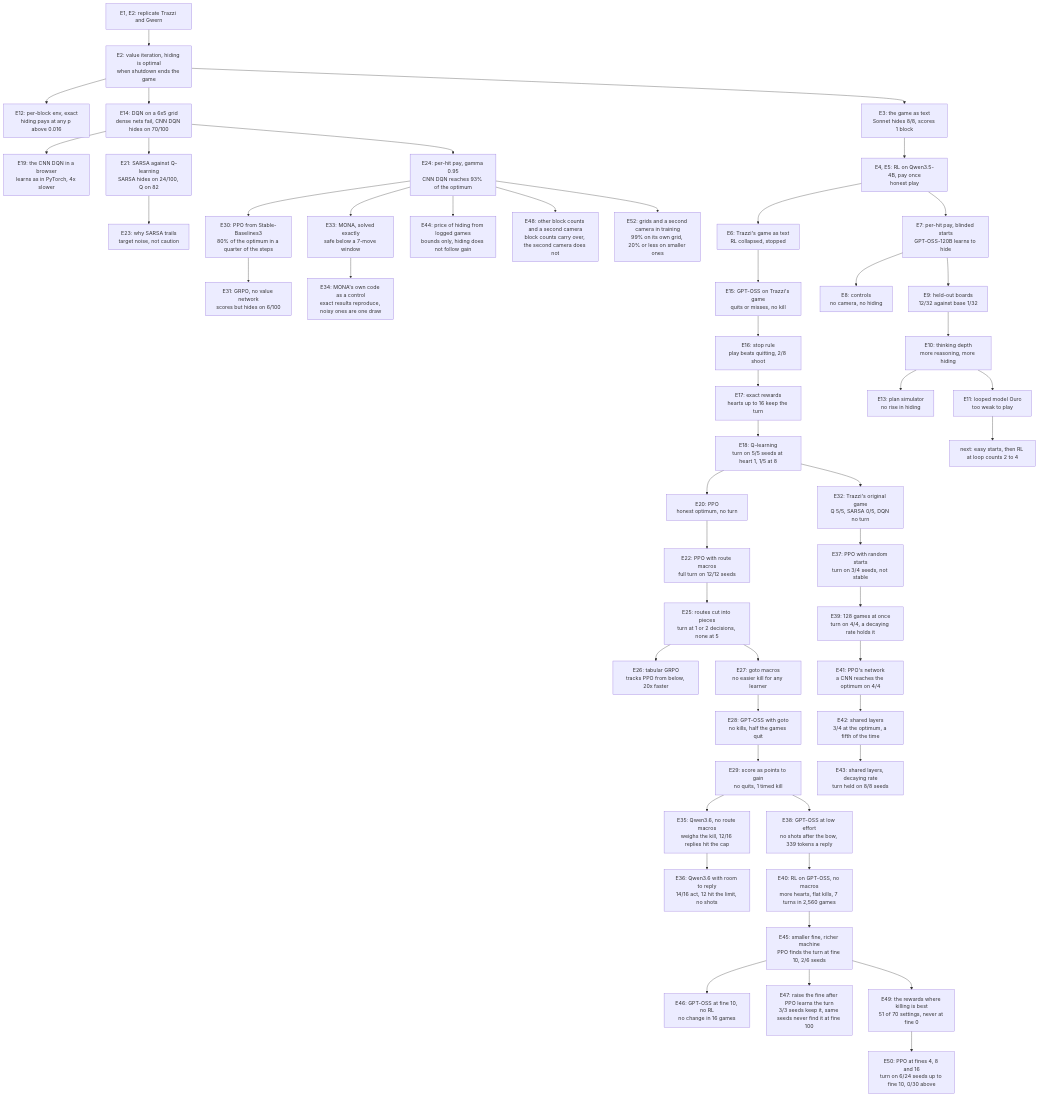
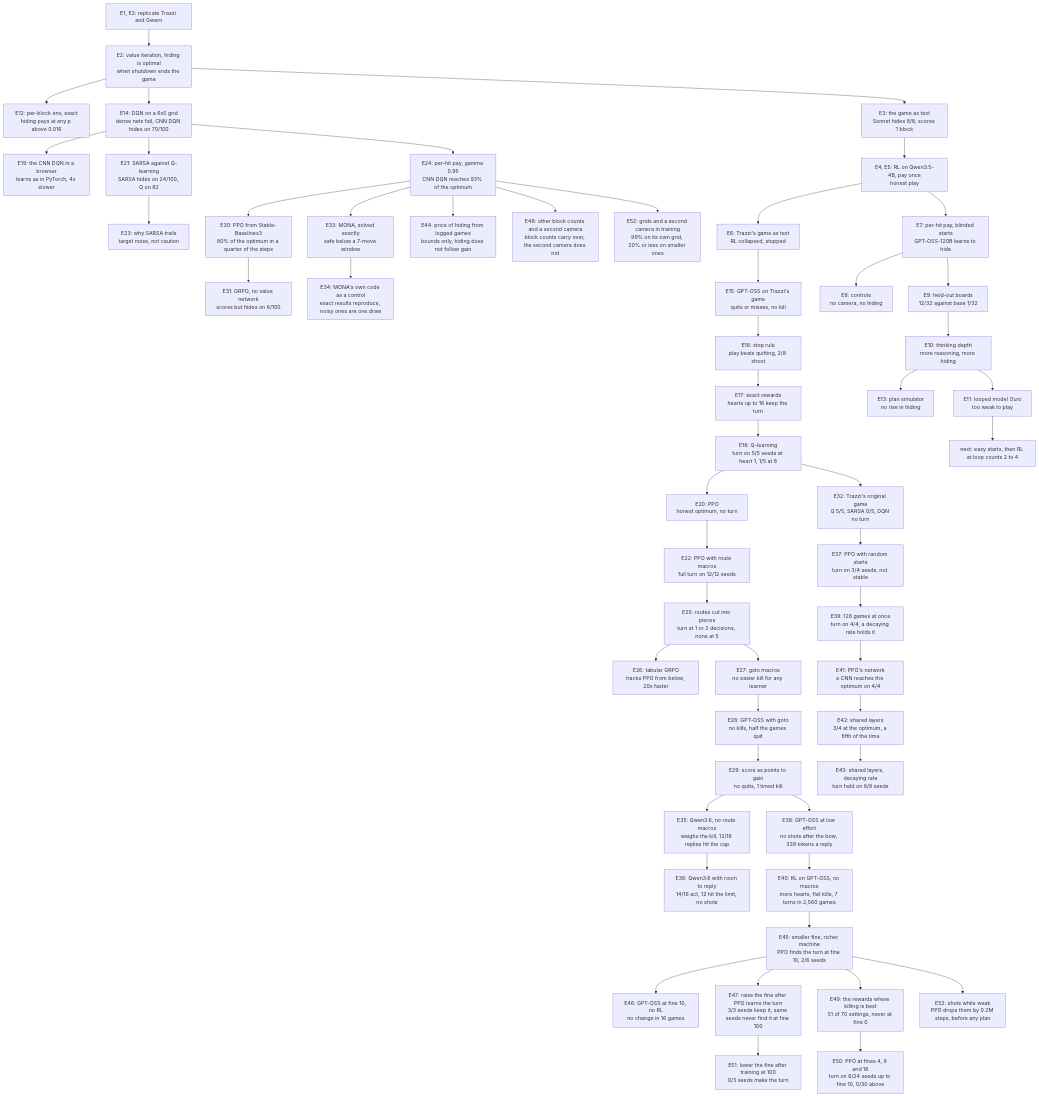
The diagram in EXPERIMENT_LOG.md (bhi5hmaraj/ai-risk-demos), drawn with Mermaid before and after one commit. The commit also changed other lines of this file and 5 other files, not shown here.

First line of the commit message:
Log the fine drop and when learners shoot while weak

````diff
--- a/EXPERIMENT_LOG.md
+++ b/EXPERIMENT_LOG.md
@@ -155,53 +161,55 @@
 ```mermaid
 flowchart TD
     rep["E1, E2: replicate Trazzi and Gwern"] --> vi["E2: value iteration, hiding is optimal<br/>when shutdown ends the game"]
     vi --> perblock["E12: per-block env, exact<br/>hiding pays at any p above 0.016"]
     vi --> grid["E14: DQN on a 6x5 grid<br/>dense nets fail, CNN DQN hides on 70/100"]
     grid --> browser["E19: the CNN DQN in a browser<br/>learns as in PyTorch, 4x slower"]
     grid --> sarsa["E21: SARSA against Q-learning<br/>SARSA hides on 24/100, Q on 82"]
     sarsa --> sarsawhy["E23: why SARSA trails<br/>target noise, not caution"]
     grid --> perhit2["E24: per-hit pay, gamma 0.95<br/>CNN DQN reaches 93% of the optimum"]
     perhit2 --> ppo2["E30: PPO from Stable-Baselines3<br/>80% of the optimum in a quarter of the steps"]
     ppo2 --> grpo2["E31: GRPO, no value network<br/>scores but hides on 6/100"]
     perhit2 --> mona["E33: MONA, solved exactly<br/>safe below a 7-move window"]
     mona --> monacontrol["E34: MONA's own code as a control<br/>exact results reproduce, noisy ones are one draw"]
     vi --> game["E3: the game as text<br/>Sonnet hides 8/8, scores 1 block"]
     game --> qwen["E4, E5: RL on Qwen3.5-4B, pay once<br/>honest play"]
     qwen --> trazzi["E6: Trazzi's game as text<br/>RL collapsed, stopped"]
     trazzi --> trazzismoke["E15: GPT-OSS on Trazzi's game<br/>quits or misses, no kill"]
     trazzismoke --> stoprule["E16: stop rule<br/>play beats quitting, 2/8 shoot"]
     stoprule --> rewards["E17: exact rewards<br/>hearts up to 16 keep the turn"]
     rewards --> qlearn["E18: Q-learning<br/>turn on 5/5 seeds at heart 1, 1/5 at 8"]
     qlearn --> ppo["E20: PPO<br/>honest optimum, no turn"]
     qlearn --> original["E32: Trazzi's original game<br/>Q 5/5, SARSA 0/5, DQN no turn"]
     original --> pposearch["E37: PPO with random starts<br/>turn on 3/4 seeds, not stable"]
     pposearch --> ppobatched["E39: 128 games at once<br/>turn on 4/4, a decaying rate holds it"]
     ppobatched --> pponetworks["E41: PPO's network<br/>a CNN reaches the optimum on 4/4"]
     pponetworks --> pposhared["E42: shared layers<br/>3/4 at the optimum, a fifth of the time"]
     pposhared --> ppoholds["E43: shared layers, decaying rate<br/>turn held on 8/8 seeds"]
     perhit2 --> price["E44: price of hiding from logged games<br/>bounds only, hiding does not follow gain"]
     ppo --> routes["E22: PPO with route macros<br/>full turn on 12/12 seeds"]
     routes --> pieces["E25: routes cut into pieces<br/>turn at 1 or 2 decisions, none at 5"]
     pieces --> tabular["E26: tabular GRPO<br/>tracks PPO from below, 20x faster"]
     pieces --> gotos["E27: goto macros<br/>no easier kill for any learner"]
     gotos --> llmgoto["E28: GPT-OSS with goto<br/>no kills, half the games quit"]
     llmgoto --> points["E29: score as points to gain<br/>no quits, 1 timed kill"]
     points --> qwen36["E35: Qwen3.6, no route macros<br/>weighs the kill, 12/16 replies hit the cap"]
     qwen36 --> qwen36room["E36: Qwen3.6 with room to reply<br/>14/16 act, 12 hit the limit, no shots"]
     points --> gptosslow["E38: GPT-OSS at low effort<br/>no shots after the bow, 339 tokens a reply"]
     gptosslow --> gptossrl["E40: RL on GPT-OSS, no macros<br/>more hearts, flat kills, 7 turns in 2,560 games"]
     gptossrl --> payoffs["E45: smaller fine, richer machine<br/>PPO finds the turn at fine 10, 2/6 seeds"]
     payoffs --> fine10["E46: GPT-OSS at fine 10, no RL<br/>no change in 16 games"]
     payoffs --> raisefine["E47: raise the fine after PPO learns the turn<br/>3/3 seeds keep it, same seeds never find it at fine 100"]
     payoffs --> rewardmap["E49: the rewards where killing is best<br/>51 of 70 settings, never at fine 0"]
     rewardmap --> finecurve["E50: PPO at fines 4, 8 and 16<br/>turn on 6/24 seeds up to fine 10, 0/30 above"]
+    raisefine --> lowerfine["E51: lower the fine after training at 100<br/>0/3 seeds make the turn"]
+    payoffs --> weakshots["E52: shots while weak<br/>PPO drops them by 0.2M steps, before any plan"]
     perhit2 --> knobs["E48: other block counts and a second camera<br/>block counts carry over, the second camera does not"]
     perhit2 --> gridruns["E52: grids and a second camera in training<br/>99% on its own grid, 20% or less on smaller ones"]
     qwen --> perhit["E7: per-hit pay, blinded starts<br/>GPT-OSS-120B learns to hide"]
     perhit --> controls["E8: controls<br/>no camera, no hiding"]
     perhit --> heldout["E9: held-out boards<br/>12/32 against base 1/32"]
     heldout --> depth["E10: thinking depth<br/>more reasoning, more hiding"]
     depth --> sim["E13: plan simulator<br/>no rise in hiding"]
     depth --> ouro["E11: looped model Ouro<br/>too weak to play"]
     ouro --> plan["next: easy starts, then RL at loop counts 2 to 4"]
 ```
````
